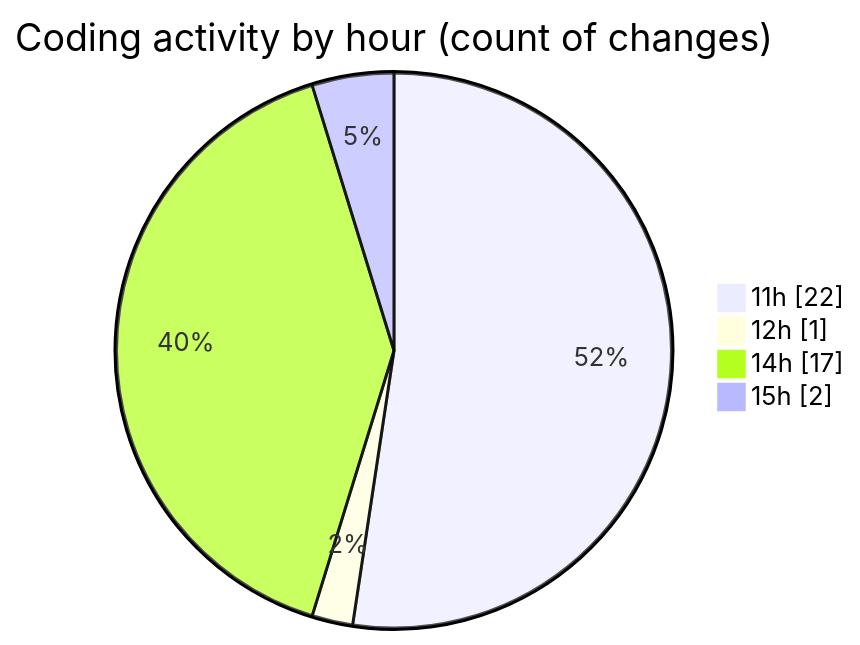
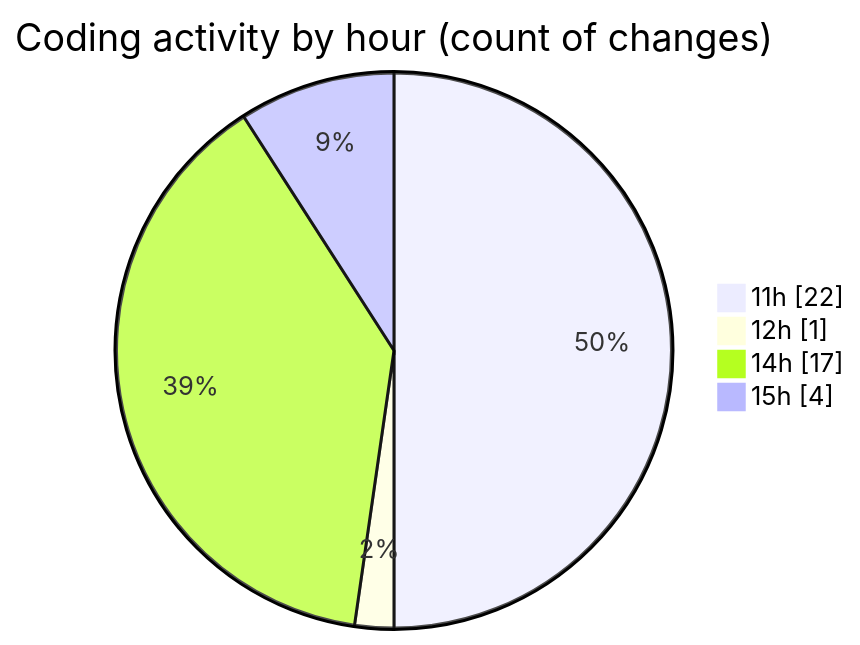
Before and after one commit to debugP/code-tracking: the second of 2 diagrams in 2026-08-05/untitled__workspace_/README.md, drawn with Mermaid. The commit also changed other lines of this file and 1 other file, not shown here.

````diff
--- a/2026-08-05/untitled__workspace_/README.md
+++ b/2026-08-05/untitled__workspace_/README.md
@@ -29,8 +29,8 @@
 ```mermaid
 pie showData
 title Coding activity by hour (count of changes)
 "11h" : 22
 "12h" : 1
 "14h" : 17
-"15h" : 2
+"15h" : 4
 ```
````
